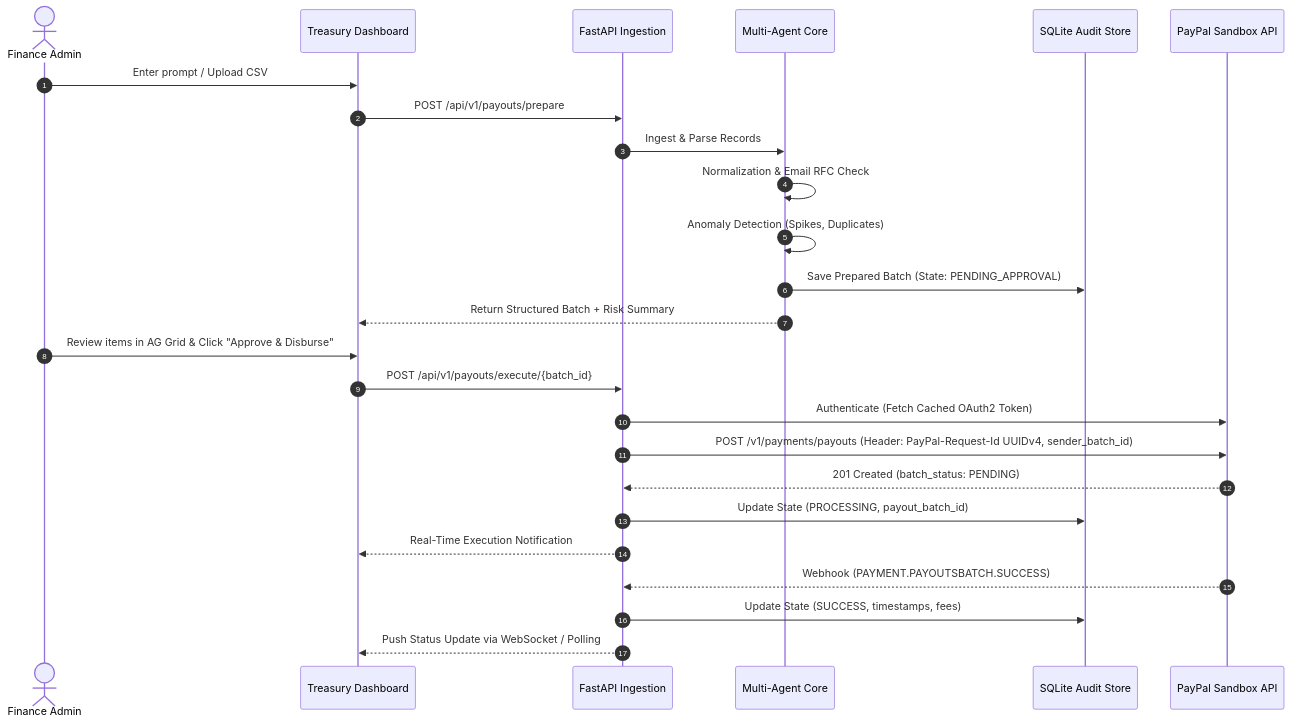
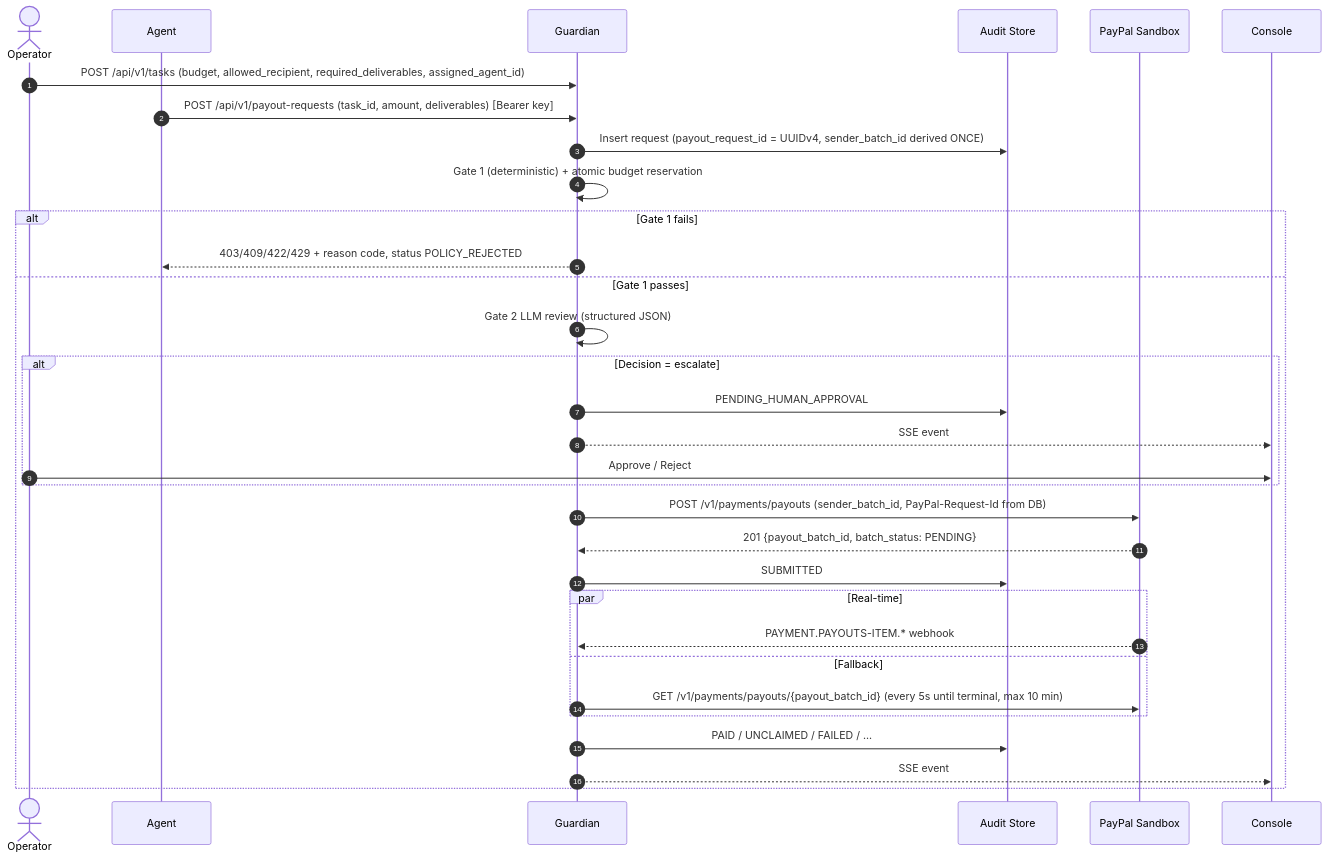
Before and after one commit to samikshasainii/PayAgent-ai: the second of 2 diagrams in ARCHITECTURE.md, drawn with Mermaid. The commit also changed other lines of this file and 23 other files, not shown here.

````diff
--- a/ARCHITECTURE.md
+++ b/ARCHITECTURE.md
@@ -99,30 +85,35 @@
 ```mermaid
 sequenceDiagram
     autonumber
-    actor Admin as Finance Admin
-    participant UI as Treasury Dashboard
-    participant API as FastAPI Ingestion
-    participant Agents as Multi-Agent Core
-    participant DB as SQLite Audit Store
-    participant PayPal as PayPal Sandbox API
+    actor Op as Operator
+    participant Ag as Agent
+    participant G as Guardian
+    participant DB as Audit Store
+    participant PP as PayPal Sandbox
+    participant UI as Console
 
-    Admin->>UI: Enter prompt / Upload CSV
-    UI->>API: POST /api/v1/payouts/prepare
-    API->>Agents: Ingest & Parse Records
-    Agents->>Agents: Normalization & Email RFC Check
-    Agents->>Agents: Anomaly Detection (Spikes, Duplicates)
-    Agents->>DB: Save Prepared Batch (State: PENDING_APPROVAL)
-    Agents-->>UI: Return Structured Batch + Risk Summary
-    
-    Admin->>UI: Review items in AG Grid & Click "Approve & Disburse"
-    UI->>API: POST /api/v1/payouts/execute/{batch_id}
-    API->>PayPal: Authenticate (Fetch Cached OAuth2 Token)
-    API->>PayPal: POST /v1/payments/payouts (Header: PayPal-Request-Id UUIDv4, sender_batch_id)
-    PayPal-->>API: 201 Created (batch_status: PENDING)
-    API->>DB: Update State (PROCESSING, payout_batch_id)
-    API-->>UI: Real-Time Execution Notification
-    
-    PayPal-->>API: Webhook (PAYMENT.PAYOUTSBATCH.SUCCESS)
-    API->>DB: Update State (SUCCESS, timestamps, fees)
-    API-->>UI: Push Status Update via WebSocket / Polling
+    Op->>G: POST /api/v1/tasks (budget, allowed_recipient, required_deliverables, assigned_agent_id)
+    Ag->>G: POST /api/v1/payout-requests (task_id, amount, deliverables) [Bearer key]
+    G->>DB: Insert request (payout_request_id = UUIDv4, sender_batch_id derived ONCE)
+    G->>G: Gate 1 (deterministic) + atomic budget reservation
+    alt Gate 1 fails
+        G-->>Ag: 403/409/422/429 + reason code, status POLICY_REJECTED
+    else Gate 1 passes
+        G->>G: Gate 2 LLM review (structured JSON)
+        alt Decision = escalate
+            G->>DB: PENDING_HUMAN_APPROVAL
+            G-->>UI: SSE event
+            Op->>UI: Approve / Reject
+        end
+        G->>PP: POST /v1/payments/payouts (sender_batch_id, PayPal-Request-Id from DB)
+        PP-->>G: 201 {payout_batch_id, batch_status: PENDING}
+        G->>DB: SUBMITTED
+        par Real-time
+            PP-->>G: PAYMENT.PAYOUTS-ITEM.* webhook
+        and Fallback
+            G->>PP: GET /v1/payments/payouts/{payout_batch_id} (every 5s until terminal, max 10 min)
+        end
+        G->>DB: PAID / UNCLAIMED / FAILED / ...
+        G-->>UI: SSE event
+    end
 ```
````
